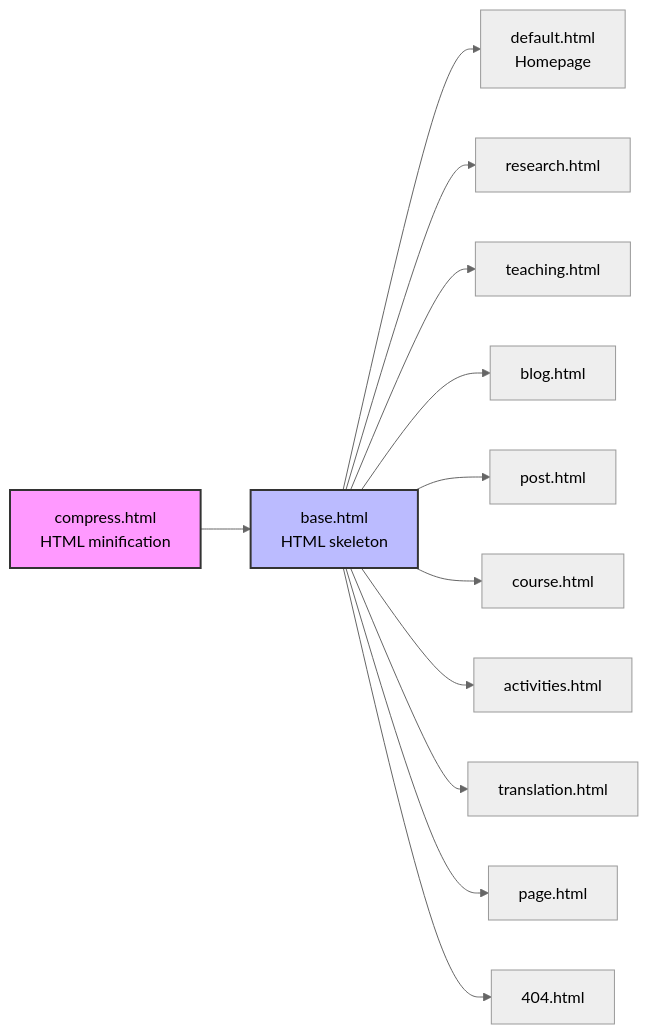
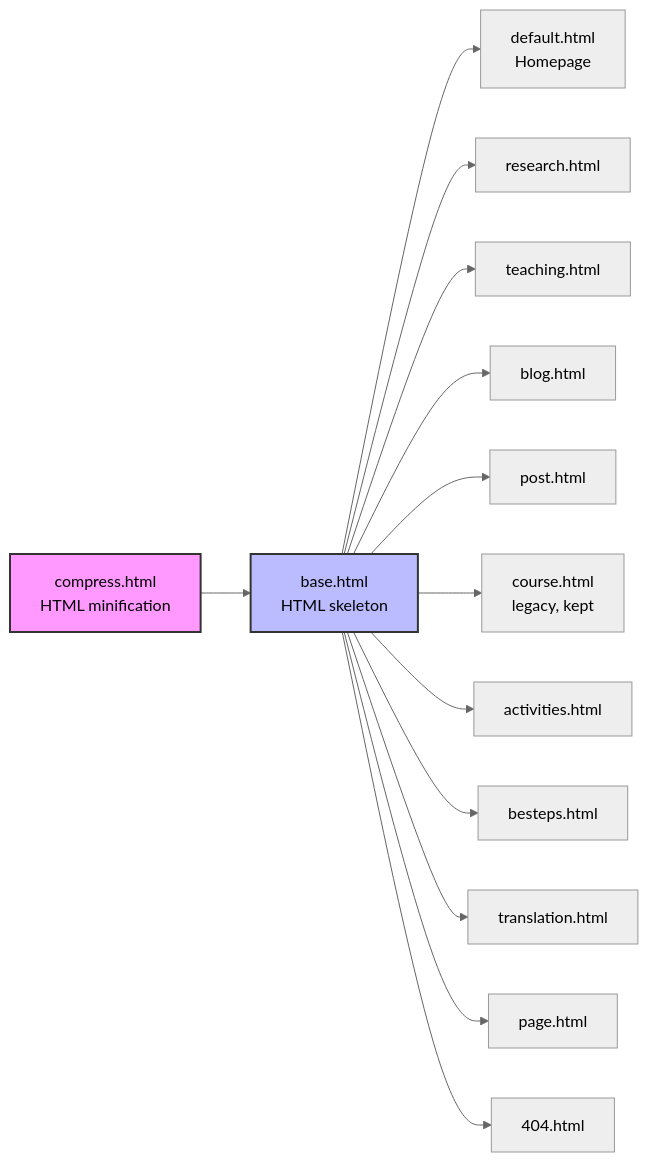
Before and after one commit to lin-mengwei/lin-mengwei.github.io: the second of 6 diagrams in ARCHITECTURE.md, drawn with Mermaid (neutral theme). The commit also changed other lines of this file, not shown here.

````diff
--- a/ARCHITECTURE.md
+++ b/ARCHITECTURE.md
@@ -105,17 +108,18 @@
 ```mermaid
 graph LR
     compress[compress.html<br/>HTML minification] --> base[base.html<br/>HTML skeleton]
     base --> default[default.html<br/>Homepage]
     base --> research_layout[research.html]
     base --> teaching_layout[teaching.html]
     base --> blog_layout[blog.html]
     base --> post_layout[post.html]
-    base --> course_layout[course.html]
+    base --> course_layout[course.html<br/>legacy, kept]
     base --> activities_layout[activities.html]
+    base --> besteps_layout[besteps.html]
     base --> translation_layout[translation.html]
     base --> page_layout[page.html]
     base --> layout404[404.html]
 
     style compress fill:#f9f,stroke:#333,stroke-width:2px
     style base fill:#bbf,stroke:#333,stroke-width:2px
 ```
````
